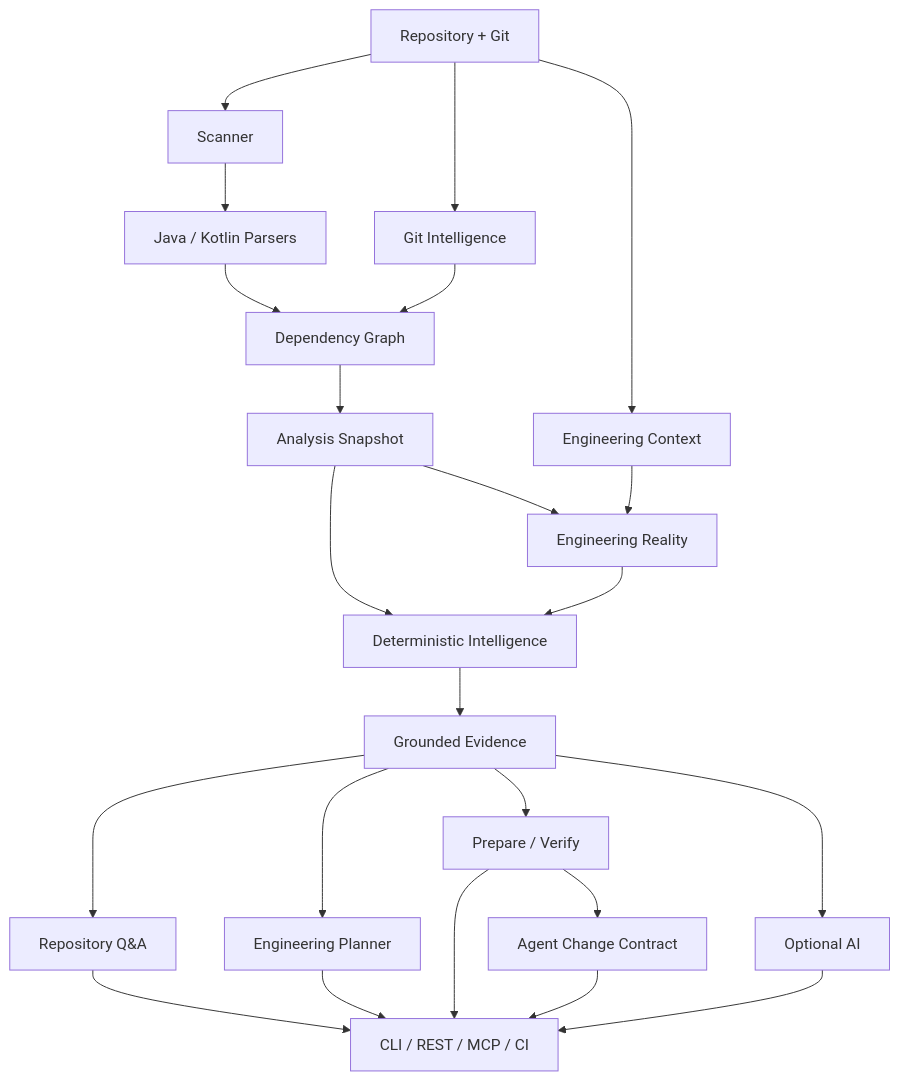
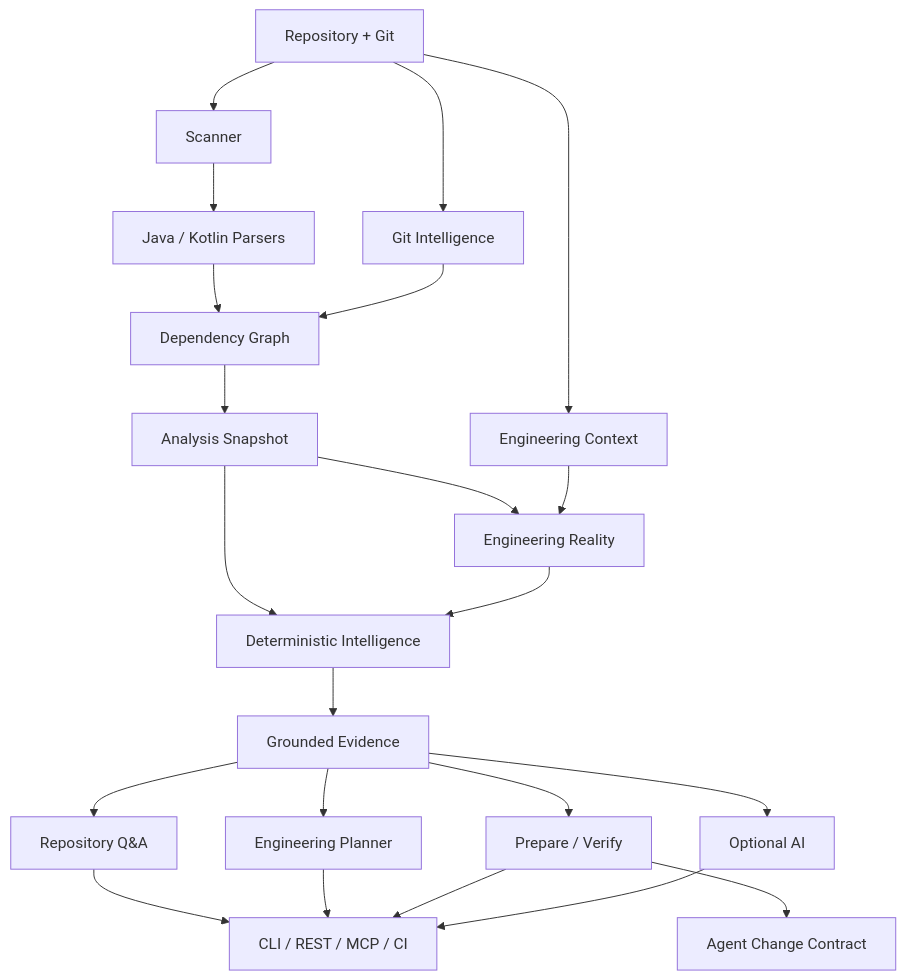
The first of 2 diagrams in docs/ARCHITECTURE.md (sonii-shivansh/CodeContext), drawn with Mermaid before and after one commit. The commit also changed other lines of this file, not shown here.

Commit message:
docs: restructure architecture guide for v0.7.0

````diff
--- a/docs/ARCHITECTURE.md
+++ b/docs/ARCHITECTURE.md
@@ -18,25 +23,24 @@
 ```mermaid
 flowchart TD
     R[Repository + Git] --> S[Scanner]
     S --> P[Java / Kotlin Parsers]
     R --> G[Git Intelligence]
     P --> D[Dependency Graph]
     G --> D
     D --> A[Analysis Snapshot]
     R --> C[Engineering Context]
     A --> ER[Engineering Reality]
     C --> ER
     A --> I[Deterministic Intelligence]
     ER --> I
     I --> E[Grounded Evidence]
     E --> Q[Repository Q&A]
     E --> PL[Engineering Planner]
     E --> V[Prepare / Verify]
     V --> CT[Agent Change Contract]
-    E --> AI[Optional AI]
     Q --> X[CLI / REST / MCP / CI]
     PL --> X
     V --> X
-    CT --> X
+    E --> AI[Optional AI]
     AI --> X
 ```
````
